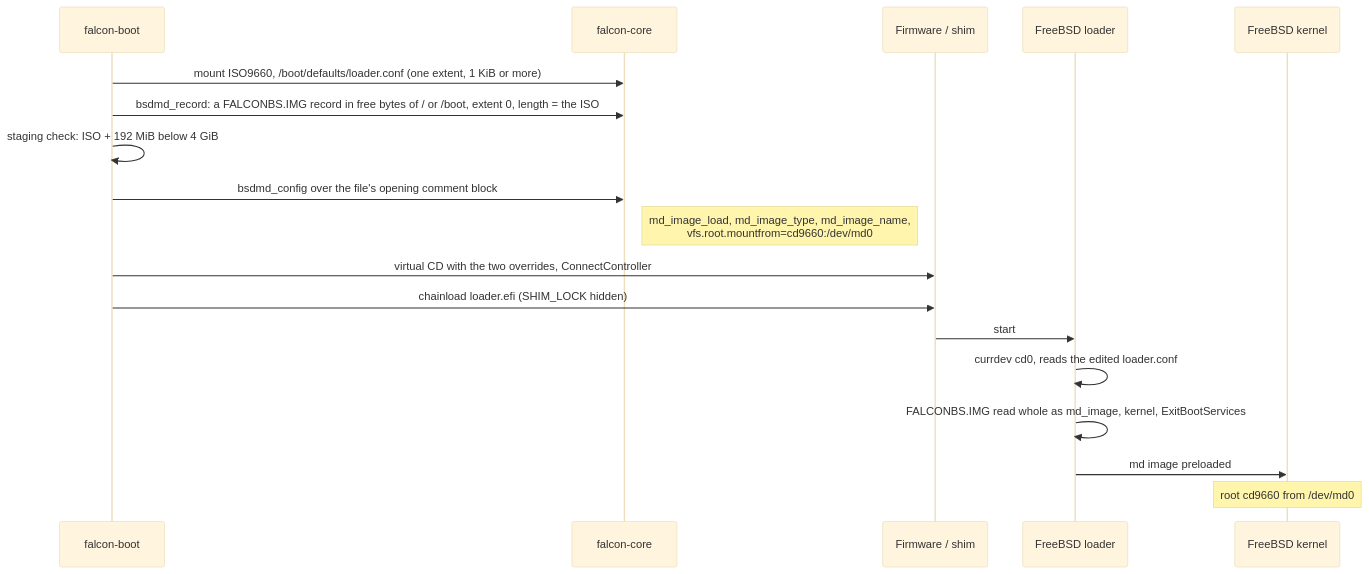
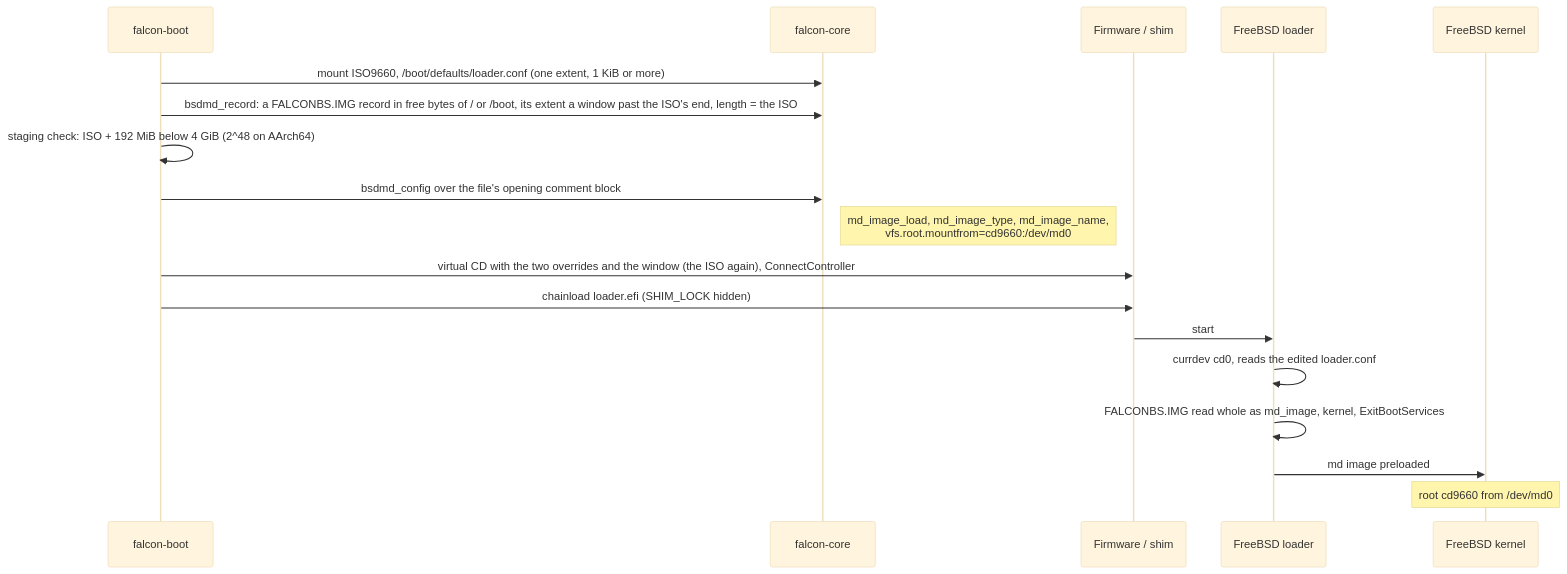
One commit to vifair22/falcon-boot changed the tenth of 24 diagrams in docs/DESIGN.md. Above: the diagram before and after it, drawn with Mermaid (base theme). The commit also changed other lines of this file and 5 other files, not shown here.

First line of the commit message:
Serve the BSD memory disk from a window past the medium

````diff
--- a/docs/DESIGN.md
+++ b/docs/DESIGN.md
@@ -3079,20 +3079,20 @@
 ```mermaid
 sequenceDiagram
     participant L as falcon-boot
     participant FC as falcon-core
     participant F as Firmware / shim
     participant B as FreeBSD loader
     participant K as FreeBSD kernel
     L->>FC: mount ISO9660, /boot/defaults/loader.conf (one extent, 1 KiB or more)
-    L->>FC: bsdmd_record: a FALCONBS.IMG record in free bytes of / or /boot, extent 0, length = the ISO
-    L->>L: staging check: ISO + 192 MiB below 4 GiB
+    L->>FC: bsdmd_record: a FALCONBS.IMG record in free bytes of / or /boot, its extent a window past the ISO's end, length = the ISO
+    L->>L: staging check: ISO + 192 MiB below 4 GiB (2^48 on AArch64)
     L->>FC: bsdmd_config over the file's opening comment block
     Note right of FC: md_image_load, md_image_type, md_image_name,<br/>vfs.root.mountfrom=cd9660:/dev/md0
-    L->>F: virtual CD with the two overrides, ConnectController
+    L->>F: virtual CD with the two overrides and the window (the ISO again), ConnectController
     L->>F: chainload loader.efi (SHIM_LOCK hidden)
     F->>B: start
     B->>B: currdev cd0, reads the edited loader.conf
     B->>B: FALCONBS.IMG read whole as md_image, kernel, ExitBootServices
     B->>K: md image preloaded
     Note over K: root cd9660 from /dev/md0
 ```
````
